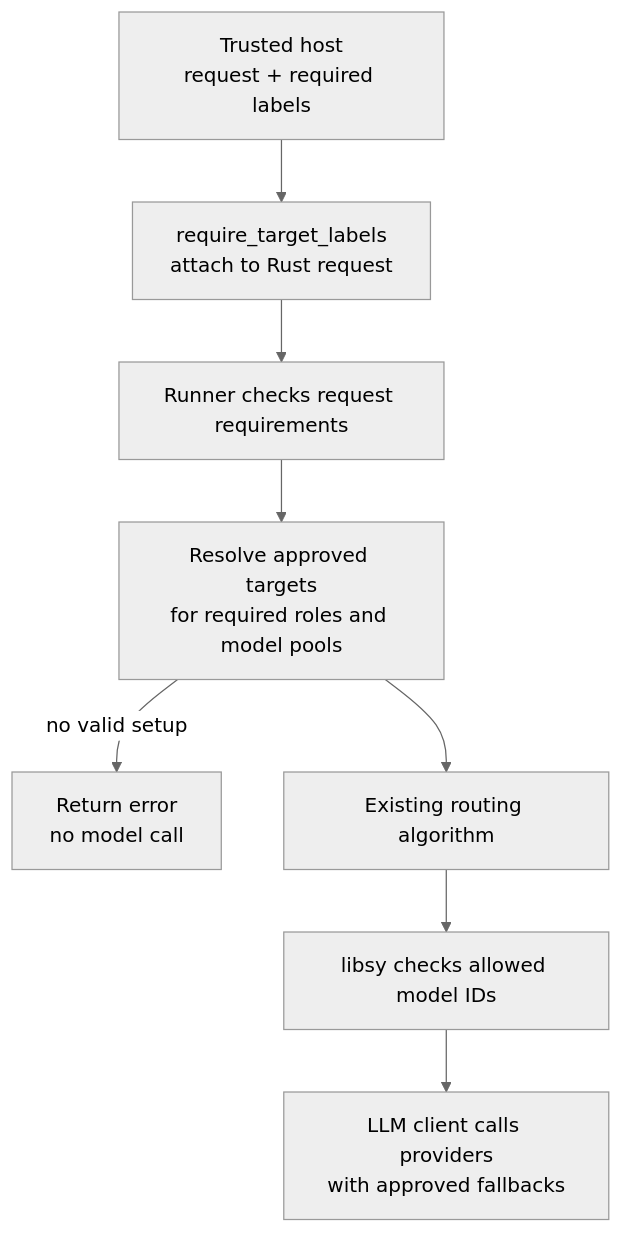
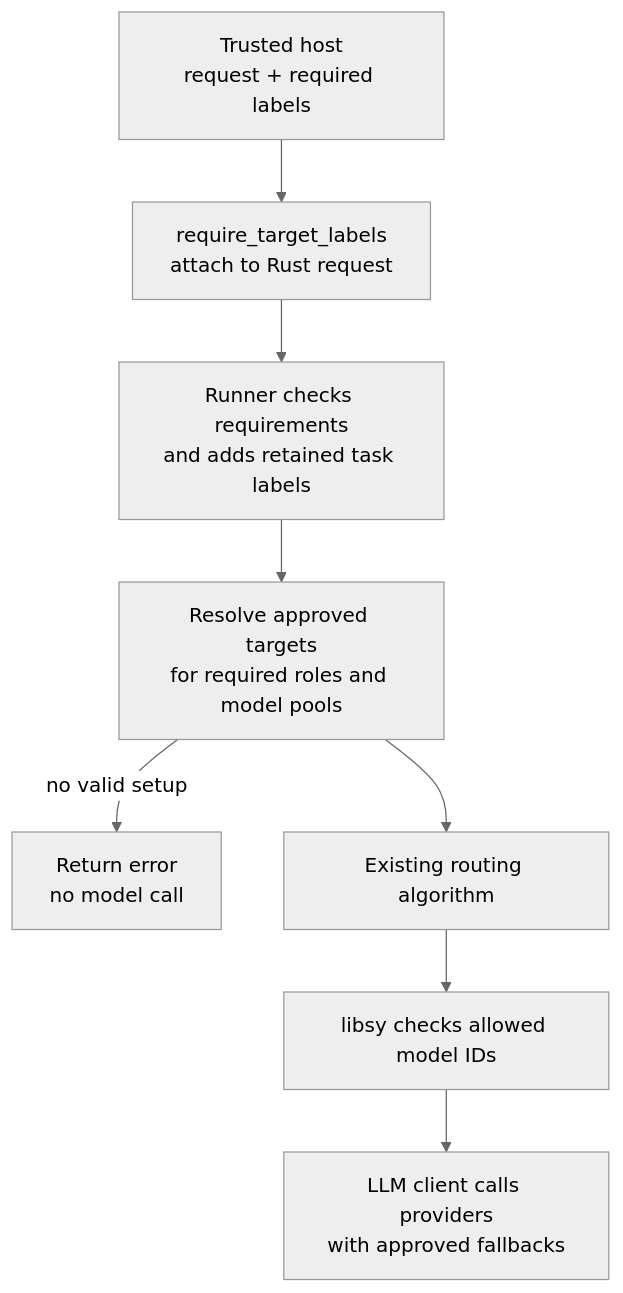
Before and after one commit to NVIDIA-NeMo/Switchyard: the diagram in docs/internal/privacy-routing-spike.md, drawn with Mermaid (neutral theme). The commit also changed other lines of this file and 4 other files, not shown here.

Commit message:
feat(runner): retain target requirements by task

````diff
--- a/docs/internal/privacy-routing-spike.md
+++ b/docs/internal/privacy-routing-spike.md
@@ -116,10 +116,10 @@
 ```mermaid
 flowchart TD
     H["Trusted host<br/>request + required labels"] --> A["require_target_labels<br/>attach to Rust request"]
-    A --> P["Runner checks request requirements"]
+    A --> P["Runner checks requirements<br/>and adds retained task labels"]
     P --> B["Resolve approved targets<br/>for required roles and model pools"]
     B -->|"no valid setup"| E["Return error<br/>no model call"]
     B --> R["Existing routing algorithm"]
     R --> G["libsy checks allowed model IDs"]
     G --> C["LLM client calls providers<br/>with approved fallbacks"]
 ```
````
